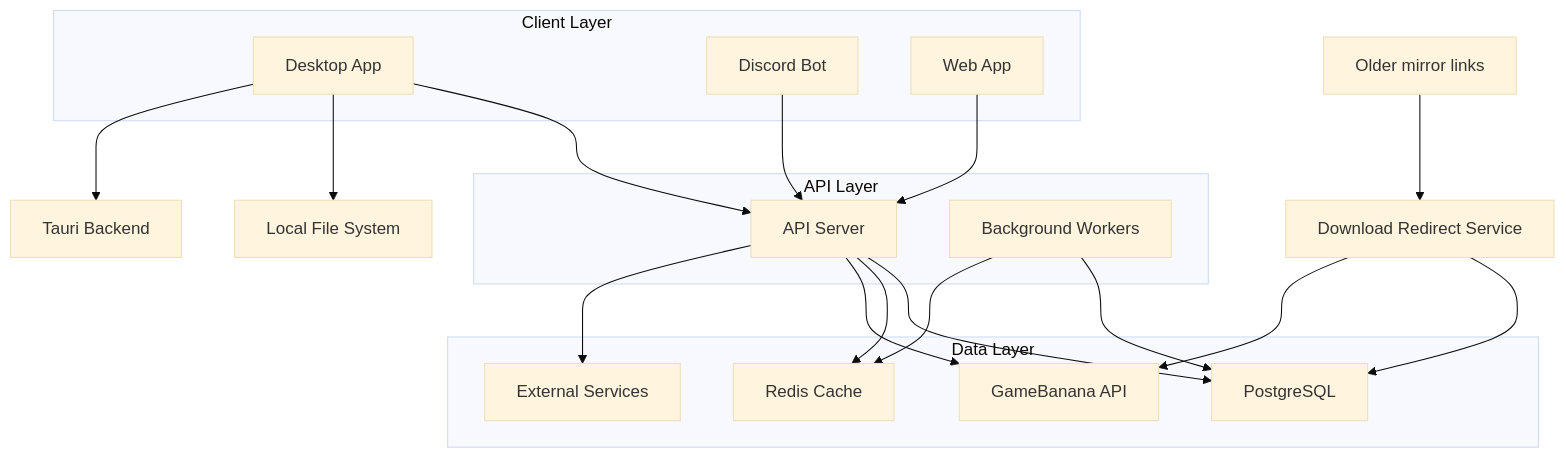
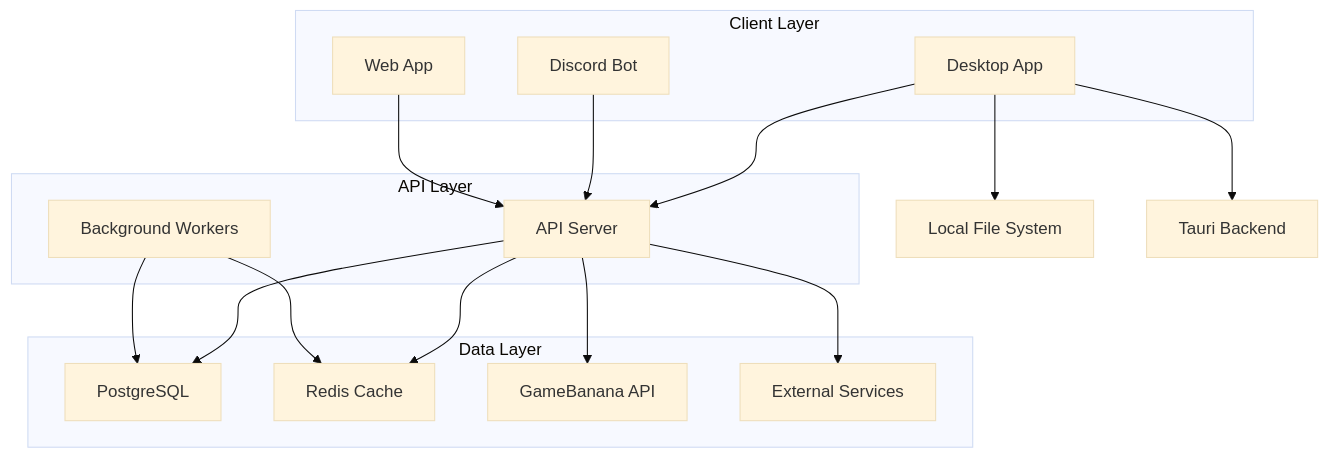
One commit to deadlock-mod-manager/deadlock-mod-manager changed the first of 5 diagrams in apps/docs/content/docs/developer-docs/architecture.mdx. Above: the diagram before and after it, drawn with Mermaid (base theme). The commit also changed other lines of this file and 30 other files, not shown here.

Commit message:
chore(repo): remove the standalone download mirror

````diff
--- a/apps/docs/content/docs/developer-docs/architecture.mdx
+++ b/apps/docs/content/docs/developer-docs/architecture.mdx
@@ -15,41 +15,37 @@
 ```mermaid
 graph TD
     A[Desktop App] --> B[API Server]
     A --> C[Local File System]
     A --> D[Tauri Backend]
 
     B --> E[PostgreSQL]
     B --> F[Redis Cache]
     B --> G[GameBanana API]
-    O[Older mirror links] --> M[Download Redirect Service]
 
     H[Discord Bot] --> B
     I[Web App] --> B
 
     J[Background Workers] --> E
     J --> F
 
     K[External Services]
     B --> K
-
-    M --> E
-    M --> G
 
     subgraph "Client Layer"
         A
         H
         I
     end
 
     subgraph "API Layer"
         B
         J
     end
 
     subgraph "Data Layer"
         E
         F
         G
         K
     end
 ```
````
